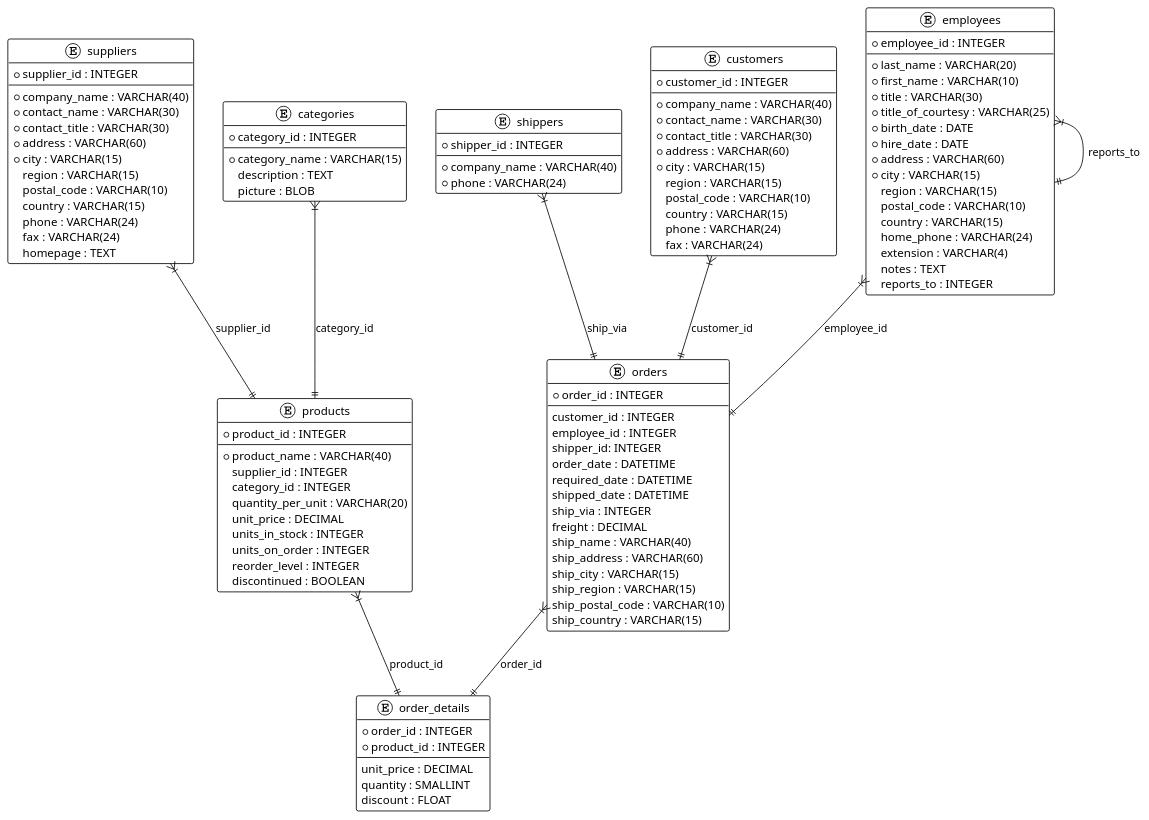
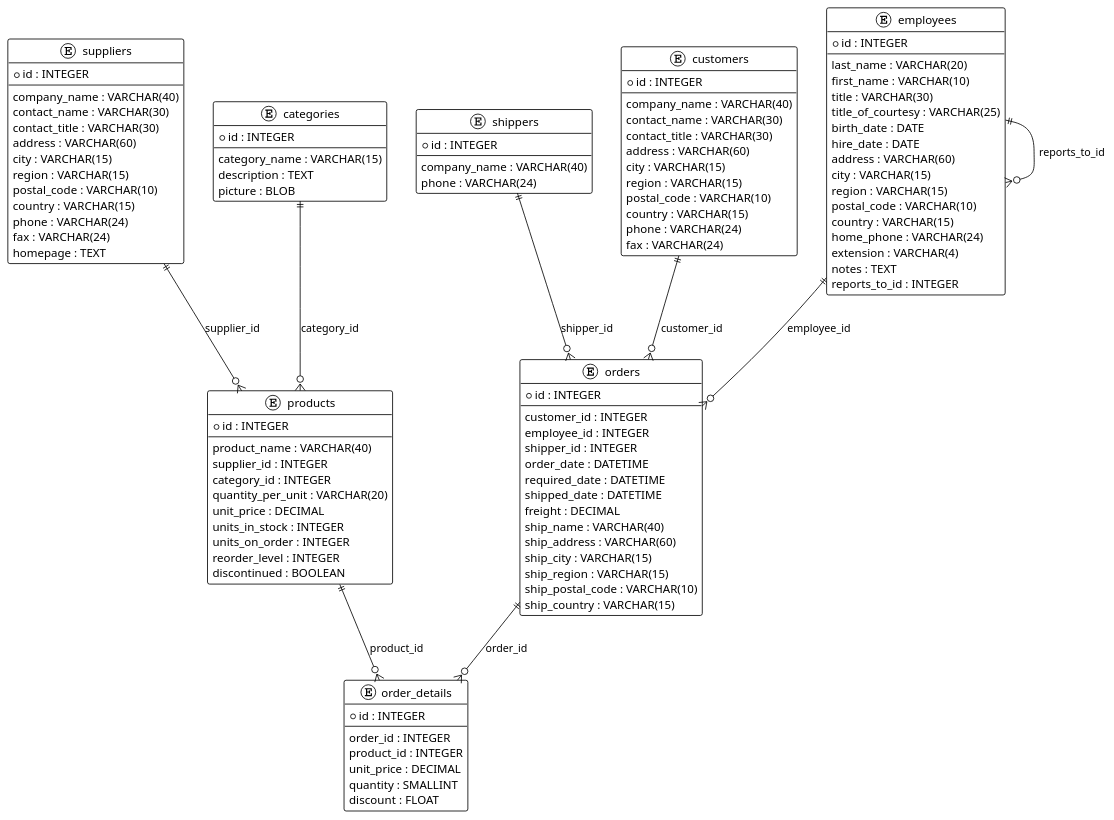
One commit to pepeul1191/flask-llm-rag-dbmate changed the diagram in schemas/northwind.puml. Above: the diagram before and after it, drawn with PlantUML. The commit also changed 3 other files, not shown here.

```diff
--- a/schemas/northwind.puml
+++ b/schemas/northwind.puml
@@ -1,126 +1,128 @@
 @startuml
 !theme plain
 
 entity customers {
-  * customer_id : INTEGER
+  * id : INTEGER
   --
-  * company_name : VARCHAR(40)
-  * contact_name : VARCHAR(30)
-  * contact_title : VARCHAR(30)
-  * address : VARCHAR(60)
-  * city : VARCHAR(15)
+  company_name : VARCHAR(40)
+  contact_name : VARCHAR(30)
+  contact_title : VARCHAR(30)
+  address : VARCHAR(60)
+  city : VARCHAR(15)
   region : VARCHAR(15)
   postal_code : VARCHAR(10)
   country : VARCHAR(15)
   phone : VARCHAR(24)
   fax : VARCHAR(24)
 }
 
 entity employees {
-  * employee_id : INTEGER
+  * id : INTEGER
   --
-  * last_name : VARCHAR(20)
-  * first_name : VARCHAR(10)
-  * title : VARCHAR(30)
-  * title_of_courtesy : VARCHAR(25)
-  * birth_date : DATE
-  * hire_date : DATE
-  * address : VARCHAR(60)
-  * city : VARCHAR(15)
+  last_name : VARCHAR(20)
+  first_name : VARCHAR(10)
+  title : VARCHAR(30)
+  title_of_courtesy : VARCHAR(25)
+  birth_date : DATE
+  hire_date : DATE
+  address : VARCHAR(60)
+  city : VARCHAR(15)
   region : VARCHAR(15)
   postal_code : VARCHAR(10)
   country : VARCHAR(15)
   home_phone : VARCHAR(24)
   extension : VARCHAR(4)
   notes : TEXT
-  reports_to : INTEGER
+  reports_to_id : INTEGER
 }
 
 entity suppliers {
-  * supplier_id : INTEGER
+  * id : INTEGER
   --
-  * company_name : VARCHAR(40)
-  * contact_name : VARCHAR(30)
-  * contact_title : VARCHAR(30)
-  * address : VARCHAR(60)
-  * city : VARCHAR(15)
+  company_name : VARCHAR(40)
+  contact_name : VARCHAR(30)
+  contact_title : VARCHAR(30)
+  address : VARCHAR(60)
+  city : VARCHAR(15)
   region : VARCHAR(15)
   postal_code : VARCHAR(10)
   country : VARCHAR(15)
   phone : VARCHAR(24)
   fax : VARCHAR(24)
   homepage : TEXT
 }
 
 entity categories {
-  * category_id : INTEGER
+  * id : INTEGER
   --
-  * category_name : VARCHAR(15)
+  category_name : VARCHAR(15)
   description : TEXT
   picture : BLOB
 }
 
 entity products {
-  * product_id : INTEGER
+  * id : INTEGER
   --
-  * product_name : VARCHAR(40)
+  product_name : VARCHAR(40)
   supplier_id : INTEGER
   category_id : INTEGER
   quantity_per_unit : VARCHAR(20)
   unit_price : DECIMAL
   units_in_stock : INTEGER
   units_on_order : INTEGER
   reorder_level : INTEGER
   discontinued : BOOLEAN
 }
 
 entity shippers {
-  * shipper_id : INTEGER
+  * id : INTEGER
   --
-  * company_name : VARCHAR(40)
-  * phone : VARCHAR(24)
+  company_name : VARCHAR(40)
+  phone : VARCHAR(24)
 }
 
 entity orders {
-  * order_id : INTEGER
+  * id : INTEGER
   --
   customer_id : INTEGER
   employee_id : INTEGER
-  shipper_id: INTEGER
+  shipper_id : INTEGER
   order_date : DATETIME
   required_date : DATETIME
   shipped_date : DATETIME
-  ship_via : INTEGER
   freight : DECIMAL
   ship_name : VARCHAR(40)
   ship_address : VARCHAR(60)
   ship_city : VARCHAR(15)
   ship_region : VARCHAR(15)
   ship_postal_code : VARCHAR(10)
   ship_country : VARCHAR(15)
 }
 
 entity order_details {
-  * order_id : INTEGER
-  * product_id : INTEGER
+  * id : INTEGER
   --
+  order_id : INTEGER
+  product_id : INTEGER
   unit_price : DECIMAL
   quantity : SMALLINT
   discount : FLOAT
 }
 
-' Relaciones
+' =============================================
+' Relaciones — Rails notation
+' Patrón: `parent ||--o{ child : fk_column`
+' =============================================
 
-customers }|--|| orders : customer_id
-employees }|--|| orders : employee_id
-employees }|--|| employees : reports_to
+customers  ||--o{ orders        : customer_id
+employees  ||--o{ orders        : employee_id
+employees  ||--o{ employees     : reports_to_id
+shippers   ||--o{ orders        : shipper_id
 
-suppliers }|--|| products : supplier_id
-categories }|--|| products : category_id
+suppliers  ||--o{ products      : supplier_id
+categories ||--o{ products      : category_id
 
-shippers }|--|| orders : ship_via
-
-orders }|--|| order_details : order_id
-products }|--|| order_details : product_id
+orders     ||--o{ order_details : order_id
+products   ||--o{ order_details : product_id
 
 @enduml
```
